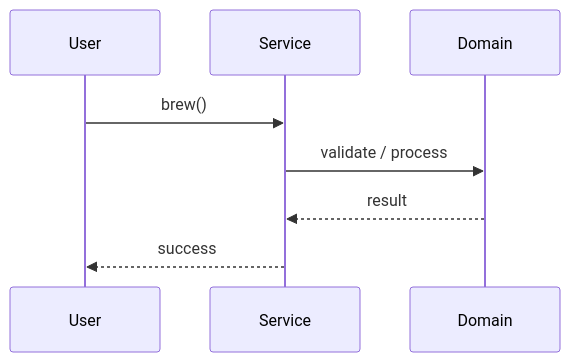
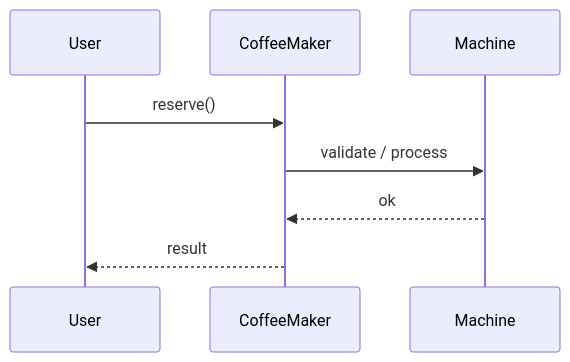
The second of 3 diagrams in Learn/System Design - Low Level Design/02-classic-ood/questions/Q12-coffee-machine.md (madhupaila/Interview-Prep-SSE), drawn with Mermaid before and after one commit. The commit also changed other lines of this file and 491 other files, not shown here.

````diff
--- a/Learn/System Design - Low Level Design/02-classic-ood/questions/Q12-coffee-machine.md
+++ b/Learn/System Design - Low Level Design/02-classic-ood/questions/Q12-coffee-machine.md
@@ -122,10 +148,10 @@
 ```mermaid
 sequenceDiagram
-    participant U as User
-    participant S as Service
-    participant D as Domain
-    U->>S: brew()
-    S->>D: validate / process
-    D-->>S: result
-    S-->>U: success
+participant U as User
+participant S as CoffeeMaker
+participant D as Machine
+U->>S: reserve()
+S->>D: validate / process
+D-->>S: ok
+S-->>U: result
 ```
````
